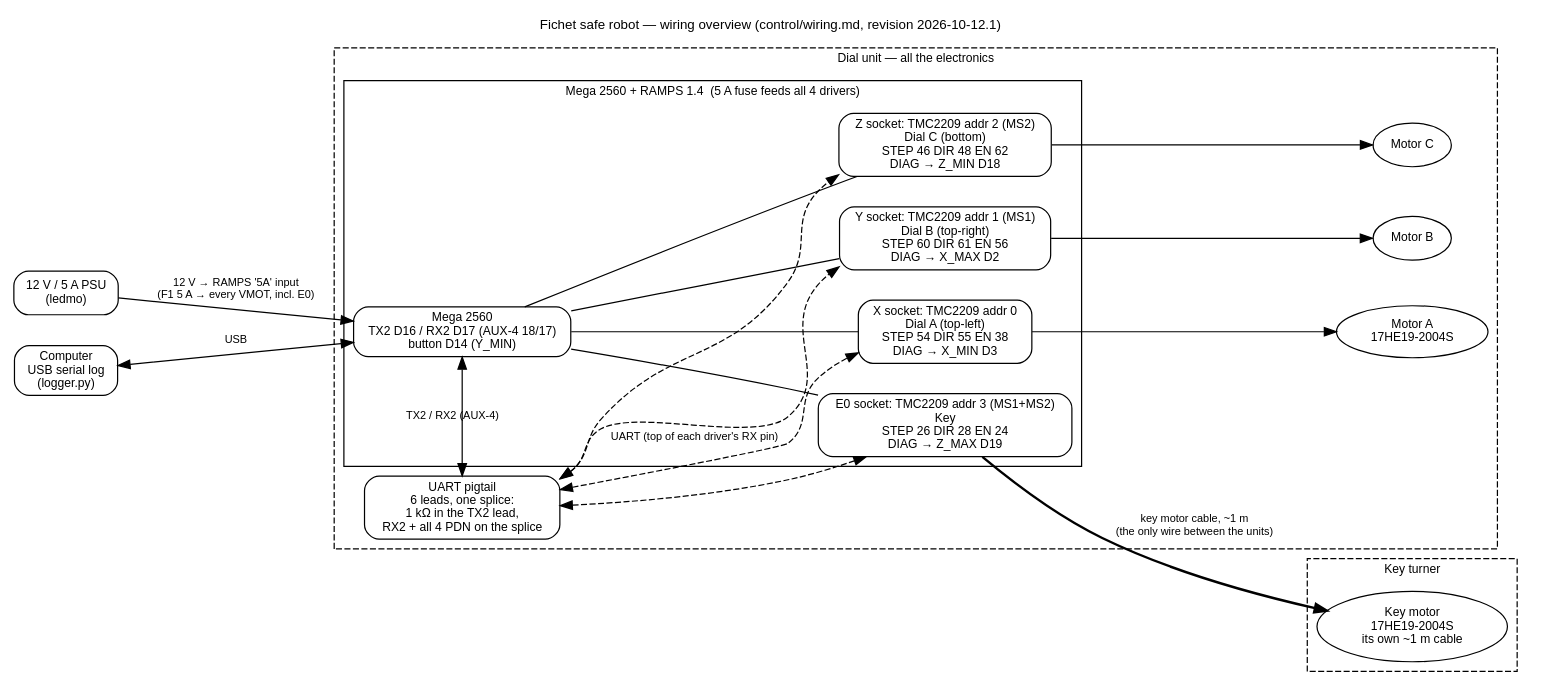
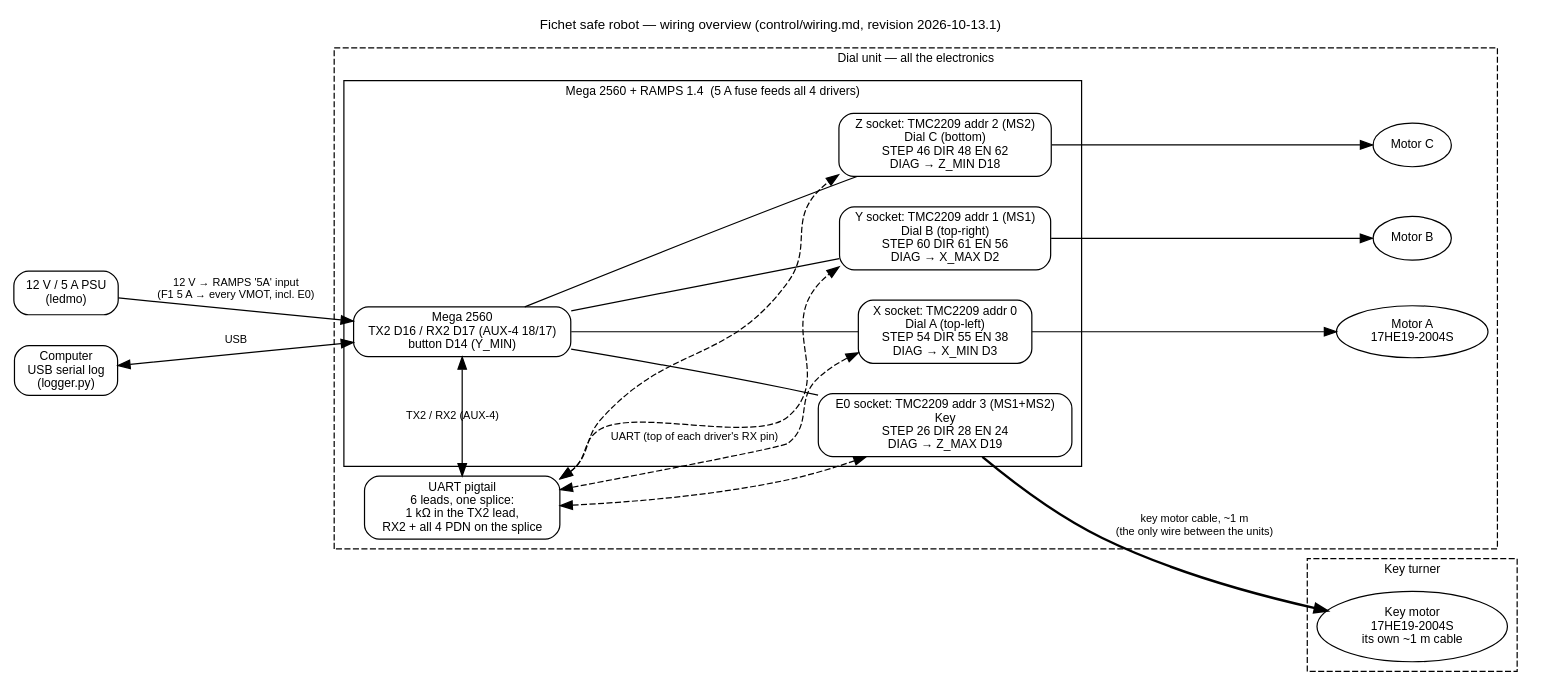
One commit to paulforrester/fichet-safe-robot changed the diagram in control/harness/overview.dot. Above: the diagram before and after it, drawn with Graphviz. The commit also changed 29 other files, not shown here.

```diff
--- a/control/harness/overview.dot
+++ b/control/harness/overview.dot
@@ -1,43 +1,43 @@
 // System overview for the Fichet safe robot wiring — see control/wiring.md.
 // Render: dot -Tsvg control/harness/overview.dot -o control/harness/overview.svg
 // Project revision 2026-10-08.2: all four drivers on the RAMPS (key in E0); UART pigtail replaces the hub board.
 digraph overview {
-  graph [rankdir=LR, fontname="Helvetica", fontsize=11, nodesep=0.35, ranksep=0.7, label="Fichet safe robot — wiring overview (control/wiring.md, revision 2026-10-12.1)", labelloc=t];
+  graph [rankdir=LR, fontname="Helvetica", fontsize=11, nodesep=0.35, ranksep=0.7, label="Fichet safe robot — wiring overview (control/wiring.md, revision 2026-10-13.1)", labelloc=t];
   node  [shape=box, style="rounded", fontname="Helvetica", fontsize=10];
   edge  [fontname="Helvetica", fontsize=9];
 
   psu  [label="12 V / 5 A PSU\n(ledmo)"];
   usb  [label="Computer\nUSB serial log\n(logger.py)"];
 
   subgraph cluster_dial {
     label="Dial unit — all the electronics"; style=dashed; fontsize=10;
     uart [label="UART pigtail\n6 leads, one splice:\n1 kΩ in the TX2 lead,\nRX2 + all 4 PDN on the splice"];
     subgraph cluster_ramps {
       label="Mega 2560 + RAMPS 1.4  (5 A fuse feeds all 4 drivers)"; style=solid; fontsize=10;
       mega [label="Mega 2560\nTX2 D16 / RX2 D17 (AUX-4 18/17)\nbutton D14 (Y_MIN)"];
       x    [label="X socket: TMC2209 addr 0\nDial A (top-left)\nSTEP 54 DIR 55 EN 38\nDIAG → X_MIN D3"];
       y    [label="Y socket: TMC2209 addr 1 (MS1)\nDial B (top-right)\nSTEP 60 DIR 61 EN 56\nDIAG → X_MAX D2"];
       z    [label="Z socket: TMC2209 addr 2 (MS2)\nDial C (bottom)\nSTEP 46 DIR 48 EN 62\nDIAG → Z_MIN D18"];
       e0   [label="E0 socket: TMC2209 addr 3 (MS1+MS2)\nKey\nSTEP 26 DIR 28 EN 24\nDIAG → Z_MAX D19"];
     }
     ma [label="Motor A\n17HE19-2004S", shape=ellipse];
     mb [label="Motor B", shape=ellipse];
     mc [label="Motor C", shape=ellipse];
   }
 
   subgraph cluster_key {
     label="Key turner"; style=dashed; fontsize=10;
     mk  [label="Key motor\n17HE19-2004S\nits own ~1 m cable", shape=ellipse];
   }
 
   psu -> mega [label="12 V → RAMPS '5A' input\n(F1 5 A → every VMOT, incl. E0)"];
   usb -> mega [dir=both, label="USB"];
   mega -> x [arrowhead=none]; mega -> y [arrowhead=none]; mega -> z [arrowhead=none]; mega -> e0 [arrowhead=none];
   x -> ma; y -> mb; z -> mc;
   e0 -> mk [penwidth=2, label="key motor cable, ~1 m\n(the only wire between the units)"];
   uart -> x [dir=both, style=dashed, label="UART (top of each driver's RX pin)"];
   uart -> y [dir=both, style=dashed];
   uart -> z [dir=both, style=dashed];
   uart -> e0 [dir=both, style=dashed];
   mega -> uart [dir=both, label="TX2 / RX2 (AUX-4)"];
 }
```
